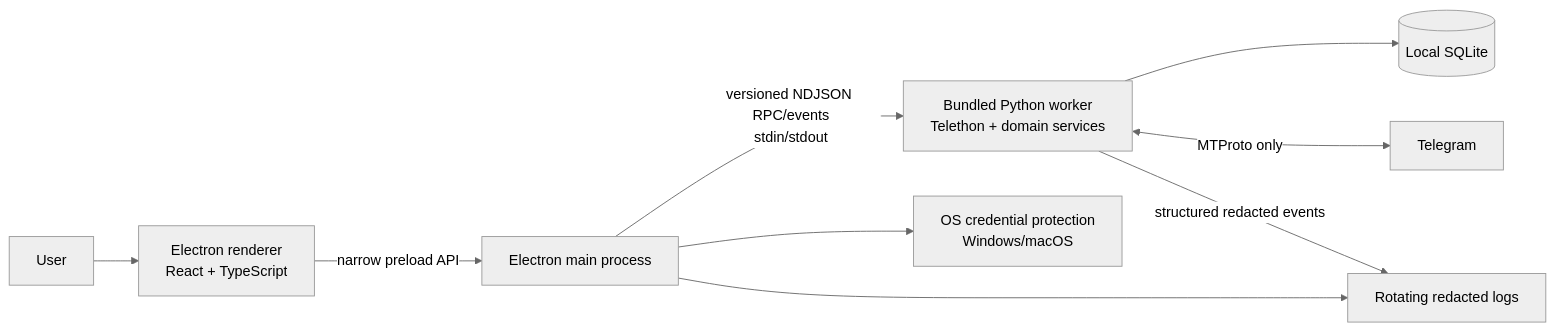
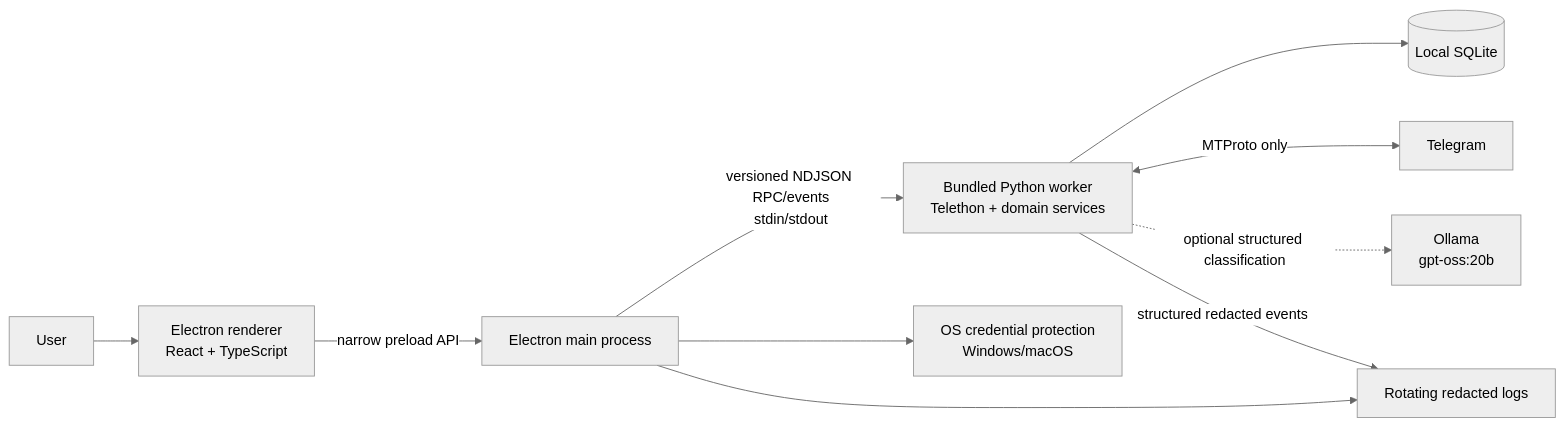
Before and after one commit to mikesmnx/chatrd: the first of 3 diagrams in docs/SYSTEM_DESIGN.md, drawn with Mermaid (neutral theme). The commit also changed other lines of this file and 21 other files, not shown here.

````diff
--- a/docs/SYSTEM_DESIGN.md
+++ b/docs/SYSTEM_DESIGN.md
@@ -39,11 +39,12 @@
 ```mermaid
 flowchart LR
     User["User"] --> Renderer["Electron renderer<br/>React + TypeScript"]
     Renderer -->|"narrow preload API"| Main["Electron main process"]
     Main -->|"versioned NDJSON RPC/events<br/>stdin/stdout"| Worker["Bundled Python worker<br/>Telethon + domain services"]
     Main --> Keychain["OS credential protection<br/>Windows/macOS"]
     Worker --> SQLite[("Local SQLite")]
     Worker <-->|"MTProto only"| Telegram["Telegram"]
+    Worker -.->|"optional structured classification"| Ollama["Ollama<br/>gpt-oss:20b"]
     Main --> Logs["Rotating redacted logs"]
     Worker -->|"structured redacted events"| Logs
 ```
````
